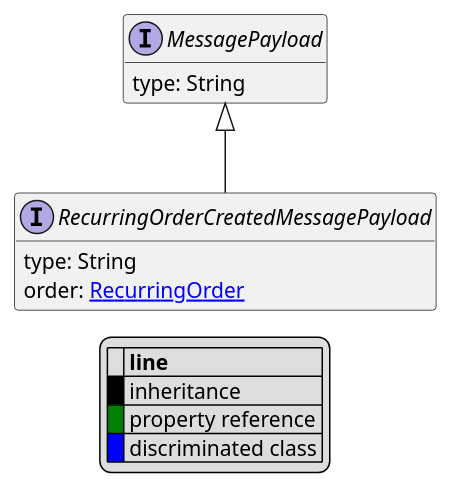
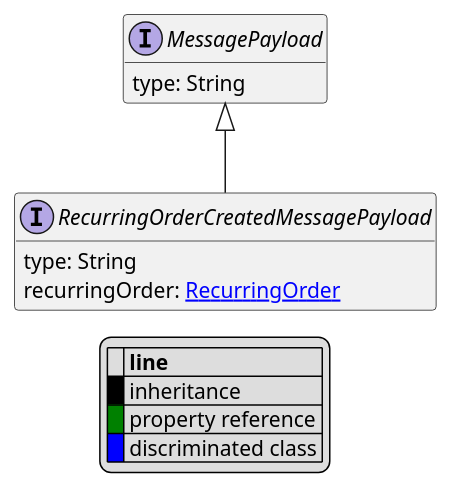
The diagram in uml/api/RecurringOrderCreatedMessagePayload.puml (commercetools/commercetools-api-reference), drawn with PlantUML before and after one commit. The commit also changed 12 other files, not shown here.

```diff
--- a/uml/api/RecurringOrderCreatedMessagePayload.puml
+++ b/uml/api/RecurringOrderCreatedMessagePayload.puml
@@ -1,23 +1,23 @@
 @startuml
 
 hide empty fields
 hide empty methods
 legend
 |= |= line |
 |<back:black>   </back>| inheritance |
 |<back:green>   </back>| property reference |
 |<back:blue>   </back>| discriminated class |
 endlegend
 interface RecurringOrderCreatedMessagePayload [[RecurringOrderCreatedMessagePayload.svg]] extends MessagePayload {
     type: String
-    order: [[RecurringOrder.svg RecurringOrder]]
+    recurringOrder: [[RecurringOrder.svg RecurringOrder]]
 }
 interface MessagePayload [[MessagePayload.svg]]  {
     type: String
 }
 
 
 
 
 
 @enduml
```
